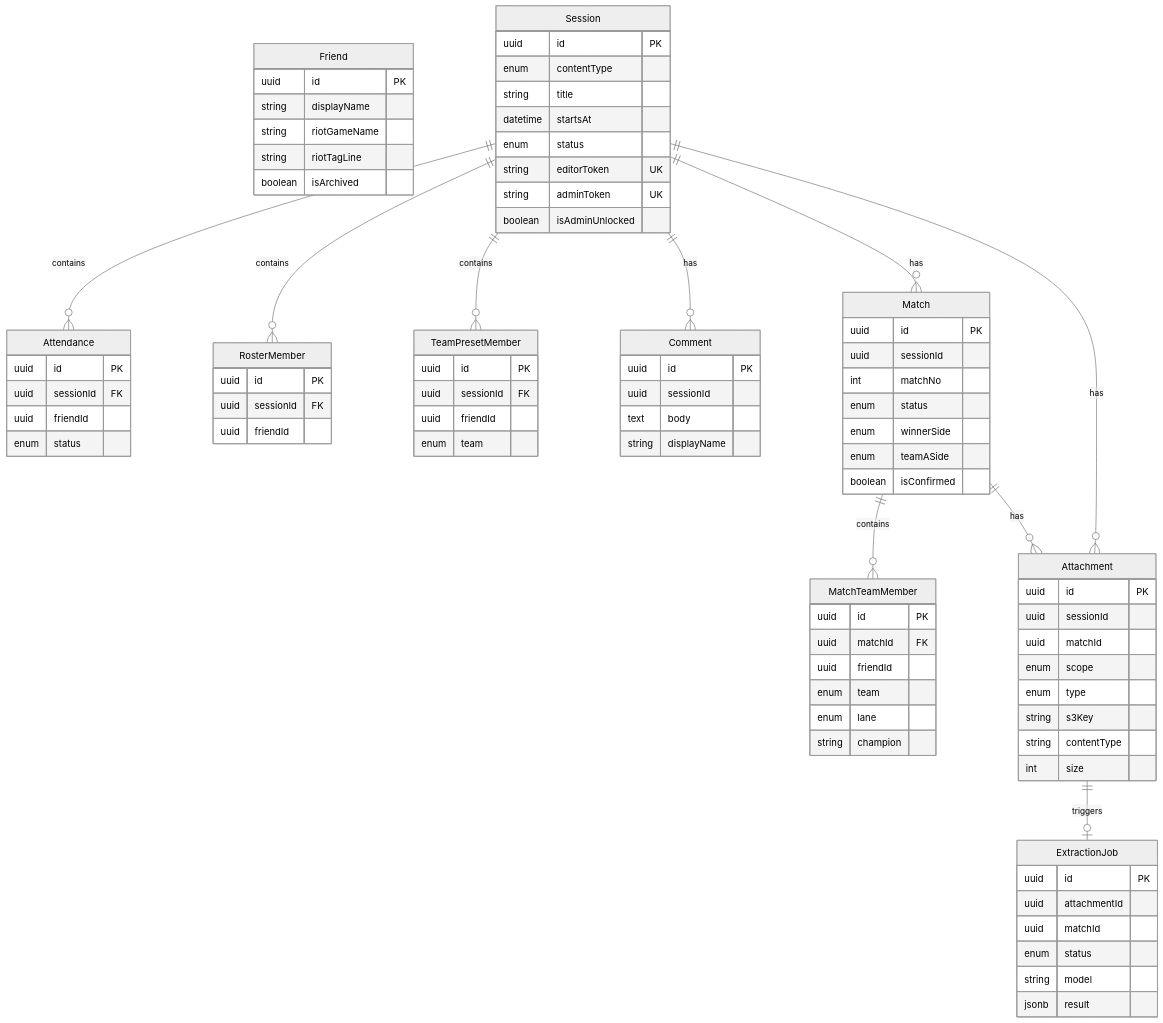
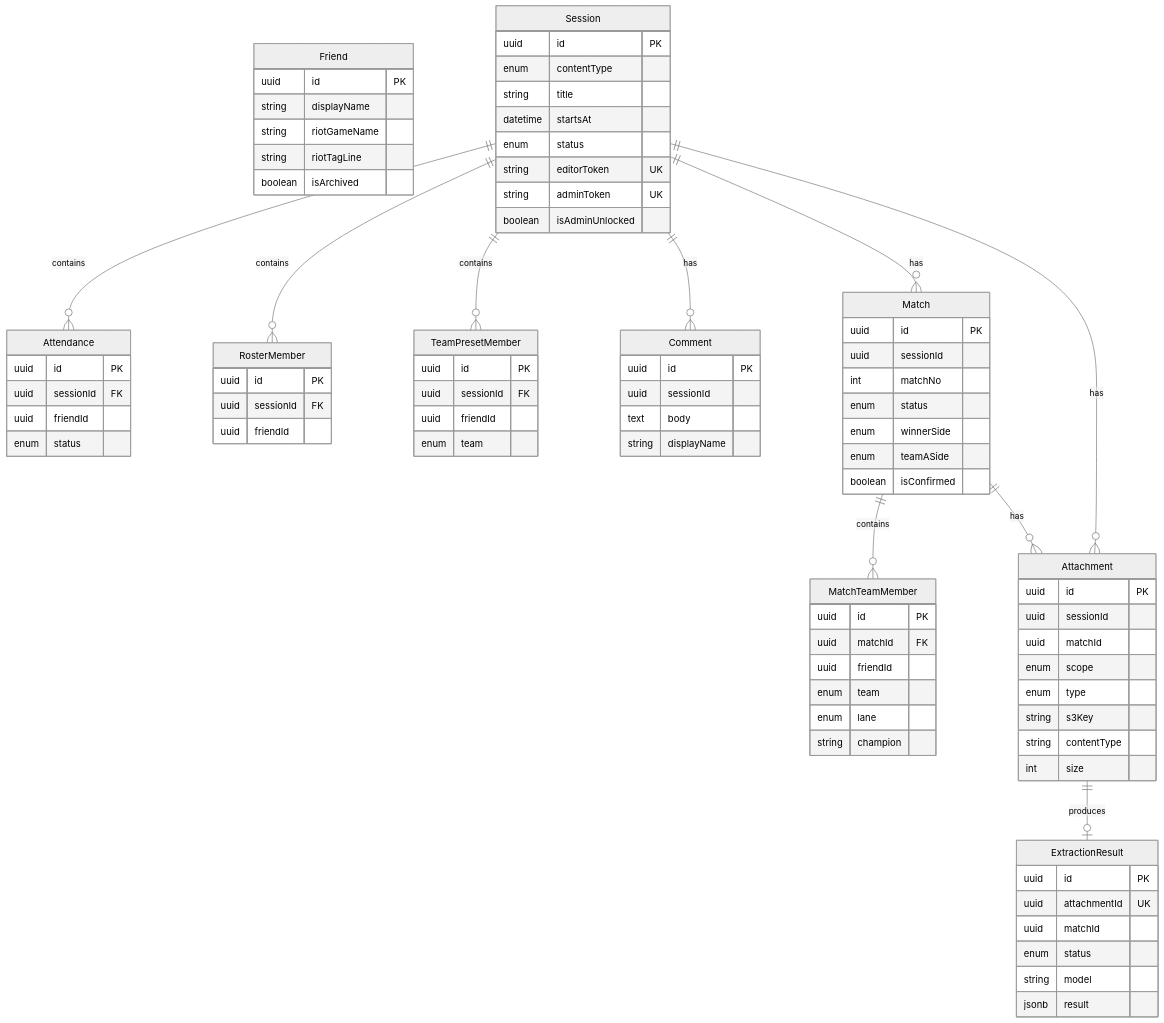
One commit to leejh14/play-note changed the second of 4 diagrams in docs/시스템디자인.md. Above: the diagram before and after it, drawn with Mermaid (neutral theme). The commit also changed other lines of this file and 1 other file, not shown here.

Commit message:
docs: 업데이트된 OCR/분석 파이프라인 및 Graphile Worker 설계 반영, ExtractionResult로 모델 변경

````diff
--- a/docs/시스템디자인.md
+++ b/docs/시스템디자인.md
@@ -385,9 +394,9 @@
         int size
     }
 
-    ExtractionJob {
+    ExtractionResult {
         uuid id PK
-        uuid attachmentId
+        uuid attachmentId UK
         uuid matchId
         enum status
         string model
@@ -402,5 +411,5 @@
     Session ||--o{ Attachment : has
     Match ||--o{ MatchTeamMember : contains
     Match ||--o{ Attachment : has
-    Attachment ||--o| ExtractionJob : triggers
+    Attachment ||--o| ExtractionResult : produces
 ```
````
